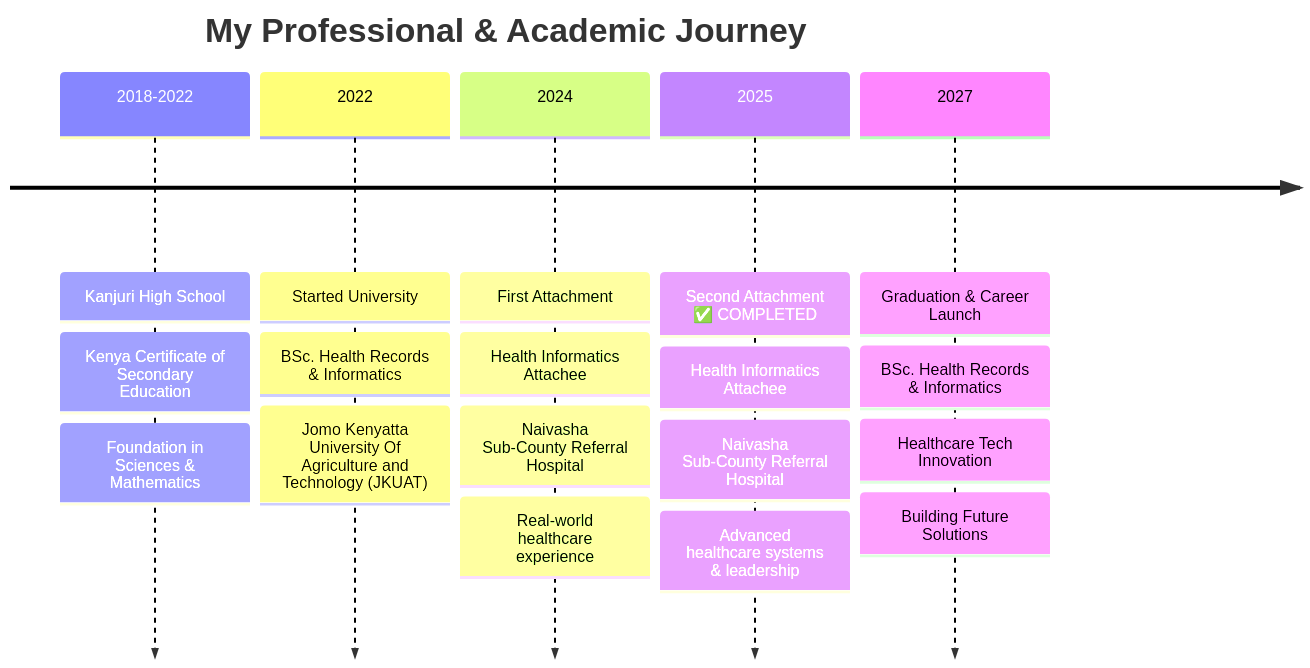
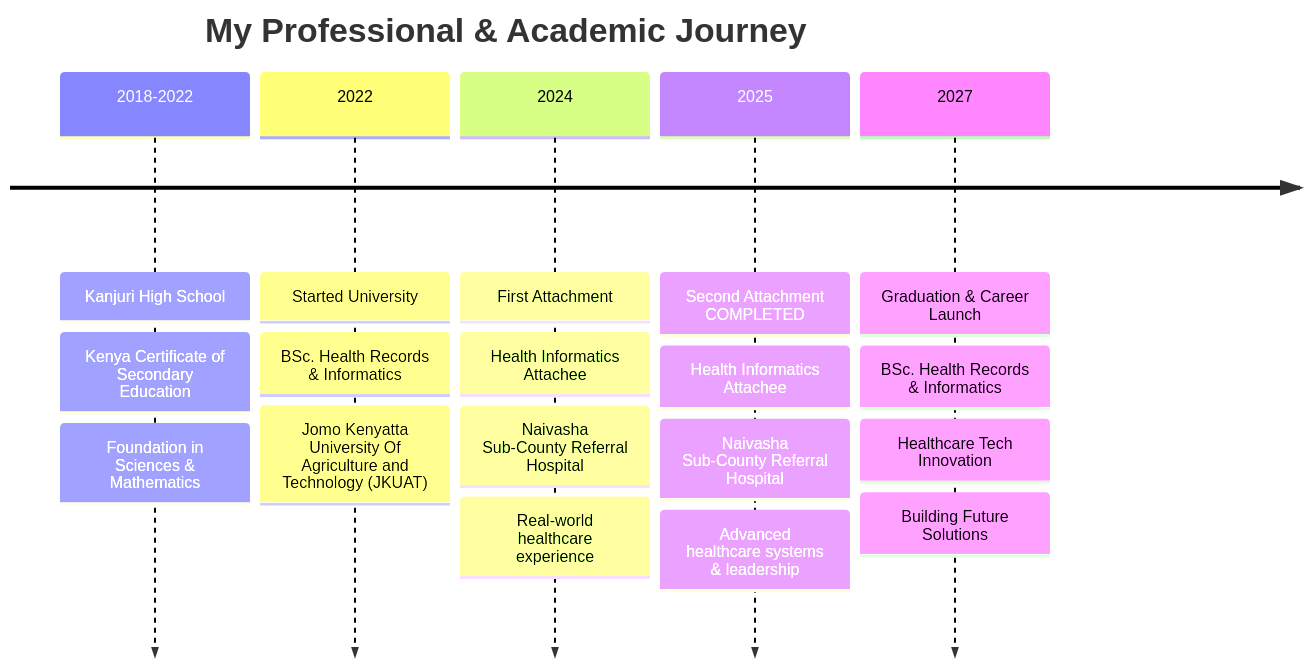
Before and after one commit to Sammy2266/Sammy2266: the first of 2 diagrams in README.md, drawn with Mermaid. The commit also changed other lines of this file, not shown here.

````diff
--- a/README.md
+++ b/README.md
@@ -30,27 +30,27 @@
 ```mermaid
 timeline
     title My Professional & Academic Journey
 
     2018-2022 : Kanjuri High School
               : Kenya Certificate of Secondary Education
               : Foundation in Sciences & Mathematics
 
     2022      : Started University
               : BSc. Health Records & Informatics
               : Jomo Kenyatta University Of Agriculture and Technology (JKUAT)
 
     2024      : First Attachment
               : Health Informatics Attachee
               : Naivasha Sub-County Referral Hospital
               : Real-world healthcare experience
 
-    2025      : Second Attachment ✅ COMPLETED
+    2025      : Second Attachment  COMPLETED
               : Health Informatics Attachee
               : Naivasha Sub-County Referral Hospital
               : Advanced healthcare systems & leadership
 
     2027      : Graduation & Career Launch
               : BSc. Health Records & Informatics
               : Healthcare Tech Innovation
               : Building Future Solutions
 ```
````
